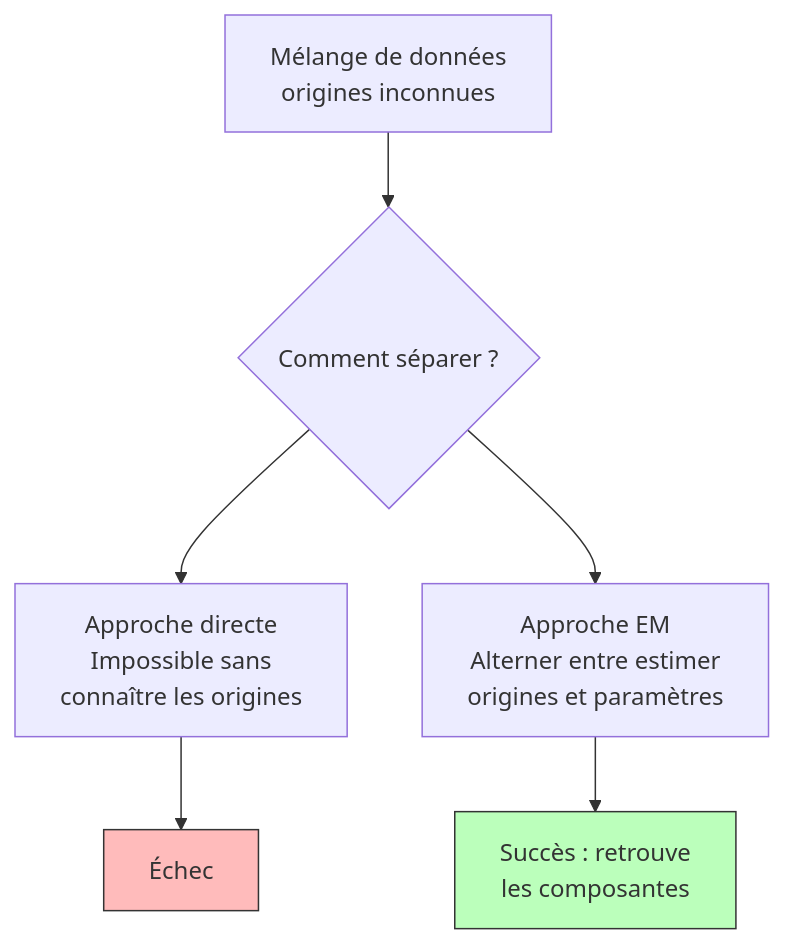
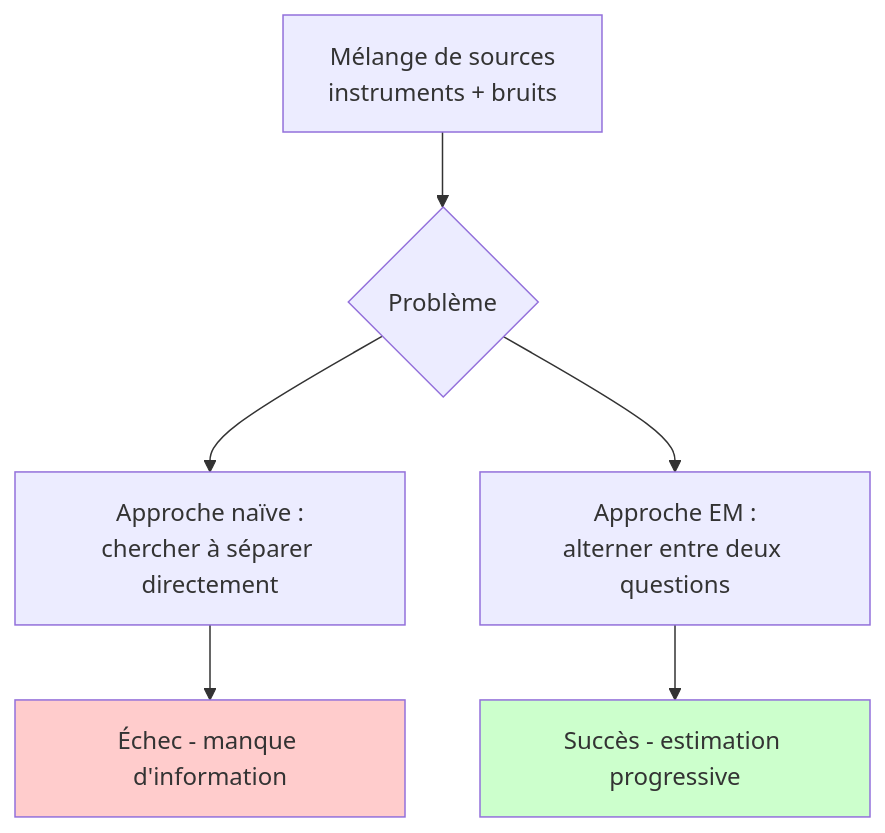
The first of 4 diagrams in fr/ds6s1.qmd (Arkanthara/data_science), drawn with Mermaid before and after one commit. The commit also changed other lines of this file and 12 other files, not shown here.

````diff
--- a/fr/ds6s1.qmd
+++ b/fr/ds6s1.qmd
@@ -14,11 +9,11 @@
 ```{mermaid}
-graph TD
-    A[Mélange de données<br/>origines inconnues] --> B{Comment séparer ?}
-    B --> C[Approche directe<br/>Impossible sans<br/>connaître les origines]
-    B --> D[Approche EM<br/>Alterner entre estimer<br/>origines et paramètres]
-    C --> E[Échec]
-    D --> F[Succès : retrouve<br/>les composantes]
+flowchart TD
+    A[Mélange de sources<br/>instruments + bruits] --> B{Problème}
+    B --> C[Approche naïve :<br/>chercher à séparer directement]
+    B --> D[Approche EM :<br/>alterner entre deux questions]
+    C --> E[Échec - manque d'information]
+    D --> F[Succès - estimation progressive]
     
-    style E fill:#fbb,stroke:#333
-    style F fill:#bfb,stroke:#333
+    style E fill:#ffcccc
+    style F fill:#ccffcc
 ```
````
